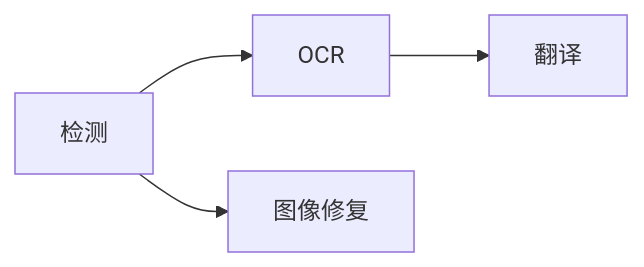
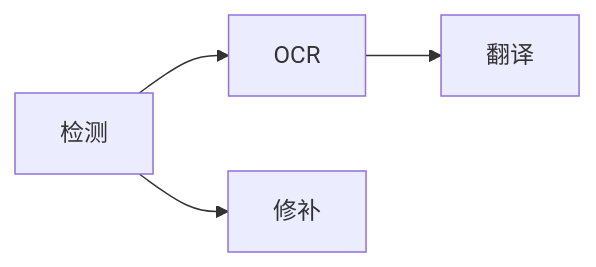
Before and after one commit to Endymi0n74/Koharu: the diagram in packages/docs/zh/development/rendering.mdx, drawn with Mermaid. The commit also changed other lines of this file and 75 other files, not shown here.

````diff
--- a/packages/docs/zh/development/rendering.mdx
+++ b/packages/docs/zh/development/rendering.mdx
@@ -11,5 +21,5 @@
 ```mermaid
 flowchart LR
   detection["检测"] --> ocr["OCR"] --> translation["翻译"]
-  detection --> inpainting["图像修复"]
+  detection --> inpainting["修补"]
 ```
````
